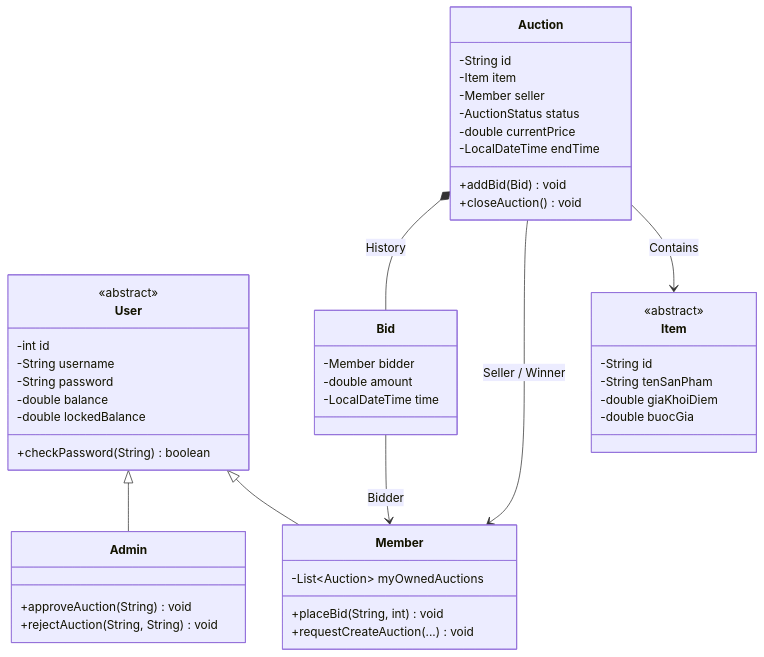
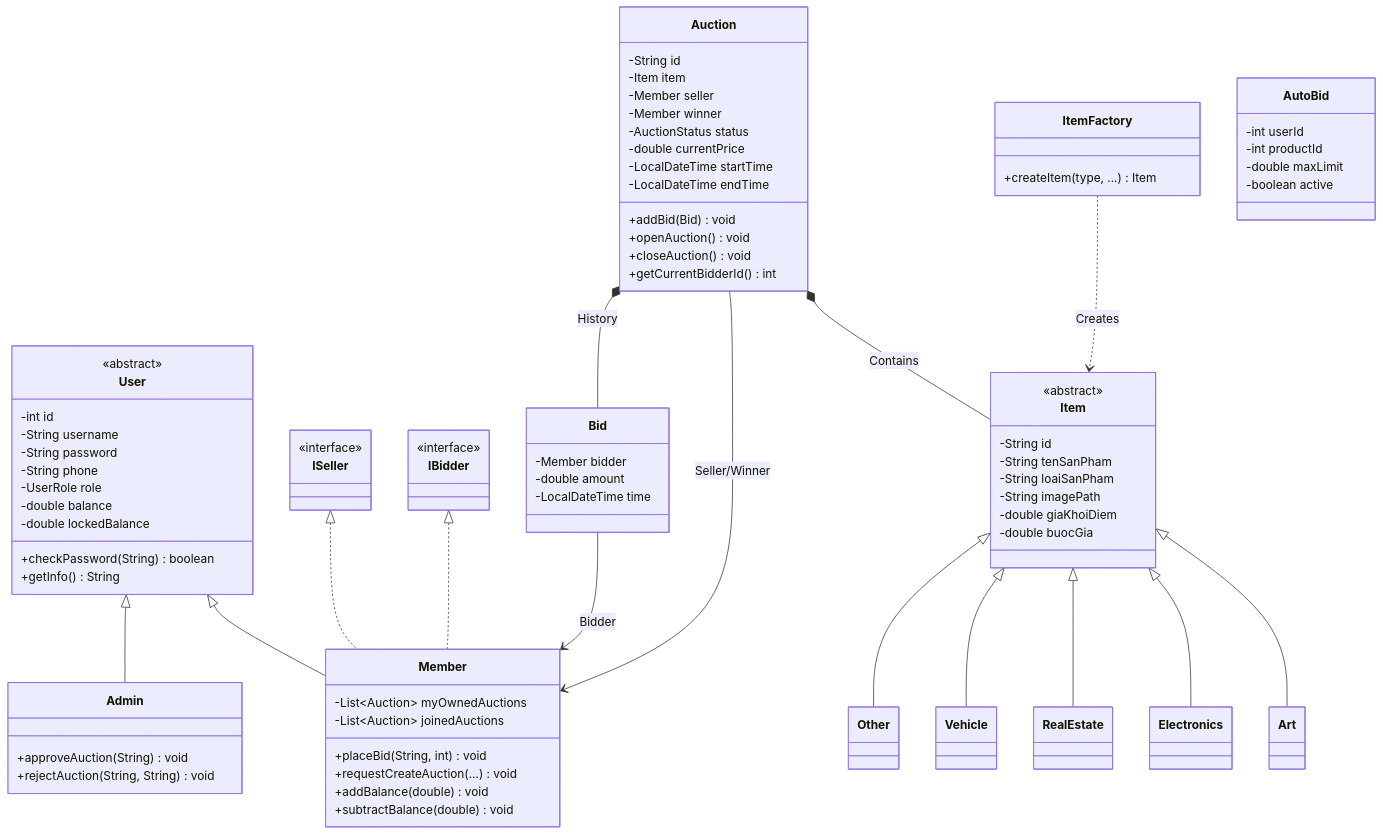
One commit to 25021616-sketch/Dau_Gia_Truc_Tuyen_Nhom2 changed the first of 4 diagrams in README.md. Above: the diagram before and after it, drawn with Mermaid. The commit also changed other lines of this file, not shown here.

````diff
--- a/README.md
+++ b/README.md
@@ -75,50 +83,93 @@
 ```mermaid
 classDiagram
     direction TB
+    
+    %% --- Lớp User ---
     class User {
         <<abstract>>
         -int id
         -String username
         -String password
+        -String phone
+        -UserRole role
         -double balance
         -double lockedBalance
         +checkPassword(String) boolean
+        +getInfo() String
     }
     class Member {
         -List~Auction~ myOwnedAuctions
+        -List~Auction~ joinedAuctions
         +placeBid(String, int) void
         +requestCreateAuction(...) void
+        +addBalance(double) void
+        +subtractBalance(double) void
     }
     class Admin {
         +approveAuction(String) void
         +rejectAuction(String, String) void
     }
+    class ISeller { <<interface>> }
+    class IBidder { <<interface>> }
+    User <|-- Member
+    User <|-- Admin
+    ISeller <|.. Member
+    IBidder <|.. Member
+
+    %% --- Lớp Item ---
     class Item {
         <<abstract>>
         -String id
         -String tenSanPham
+        -String loaiSanPham
+        -String imagePath
         -double giaKhoiDiem
         -double buocGia
     }
+    class Art
+    class Electronics
+    class RealEstate
+    class Vehicle
+    class Other
+    class ItemFactory {
+        +createItem(type, ...) Item
+    }
+    Item <|-- Art
+    Item <|-- Electronics
+    Item <|-- RealEstate
+    Item <|-- Vehicle
+    Item <|-- Other
+    ItemFactory ..> Item : Creates
+
+    %% --- Lớp Auction ---
     class Auction {
         -String id
         -Item item
         -Member seller
+        -Member winner
         -AuctionStatus status
         -double currentPrice
+        -LocalDateTime startTime
         -LocalDateTime endTime
         +addBid(Bid) void
+        +openAuction() void
         +closeAuction() void
+        +getCurrentBidderId() int
     }
     class Bid {
         -Member bidder
         -double amount
         -LocalDateTime time
     }
-    User <|-- Member
-    User <|-- Admin
-    Auction --> Item : Contains
-    Auction --> Member : Seller / Winner
+    class AutoBid {
+        -int userId
+        -int productId
+        -double maxLimit
+        -boolean active
+    }
+
+    Auction *-- Item : Contains
+    Auction --> Member : Seller/Winner
     Auction *-- Bid : History
     Bid --> Member : Bidder
 ```
````
